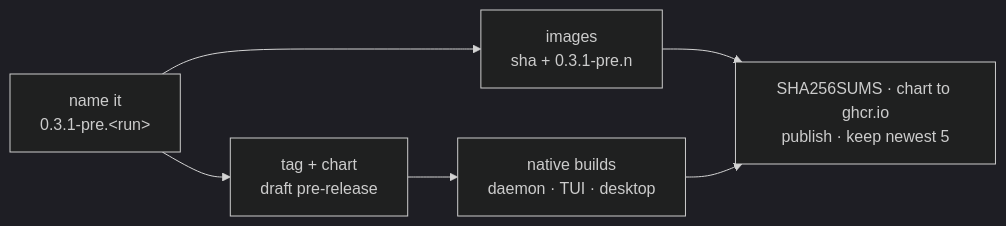
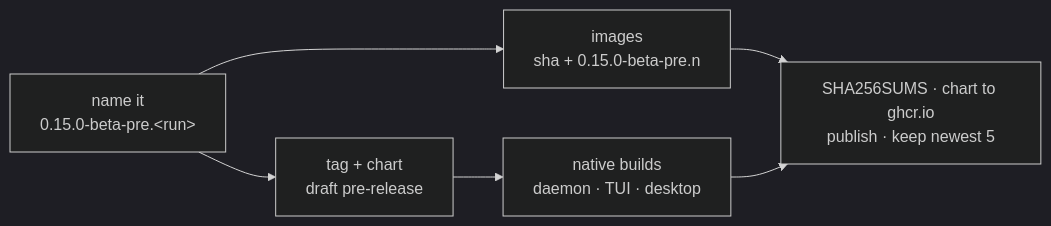
Before and after one commit to it-minds/troupe: the third of 4 diagrams in docs/developer/ci.md, drawn with Mermaid (dark theme). The commit also changed other lines of this file and 48 other files, not shown here.

````diff
--- a/docs/developer/ci.md
+++ b/docs/developer/ci.md
@@ -83,6 +85,6 @@
 ```mermaid
 flowchart LR
-  plan["name it<br/>0.3.1-pre.&lt;run&gt;"] --> images["images<br/>sha + 0.3.1-pre.n"]
+  plan["name it<br/>0.15.0-beta-pre.&lt;run&gt;"] --> images["images<br/>sha + 0.15.0-beta-pre.n"]
   plan --> draft["tag + chart<br/>draft pre-release"] --> native["native builds<br/>daemon · TUI · desktop"]
   images & native --> publish["SHA256SUMS · chart to ghcr.io<br/>publish · keep newest 5"]
 ```
````
